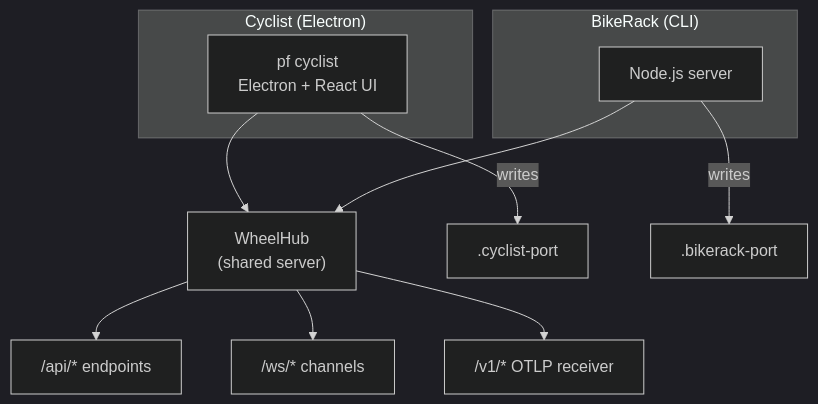
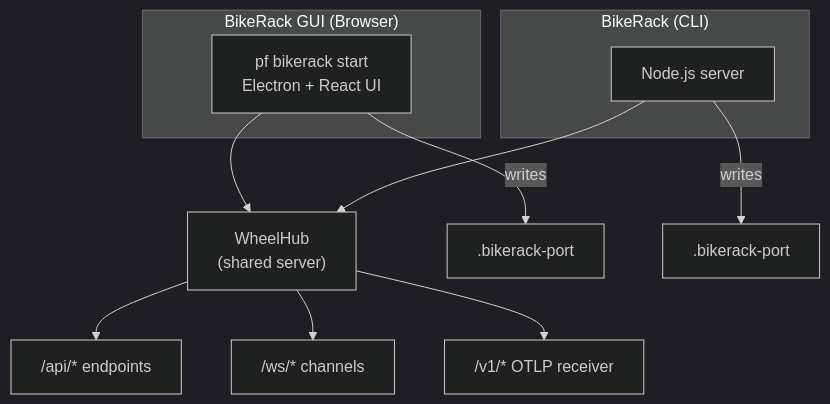
The second of 2 diagrams in docs/USER-GUIDE.md (slabgorb/pennyfarthing), drawn with Mermaid (dark theme) before and after one commit. The commit also changed other lines of this file and 125 other files, not shown here.

First line of the commit message:
chore: rename Cyclist → BikeRack GUI across codebase

````diff
--- a/docs/USER-GUIDE.md
+++ b/docs/USER-GUIDE.md
@@ -241,19 +225,19 @@
 ```mermaid
 graph TB
-    subgraph "Cyclist (Electron)"
-        C["pf cyclist<br/>Electron + React UI"]
+    subgraph "BikeRack GUI (Browser)"
+        C["pf bikerack start<br/>Electron + React UI"]
     end
     subgraph "BikeRack (CLI)"
         BR["Node.js server"]
     end
 
     C --> WH["WheelHub<br/>(shared server)"]
     BR --> WH
 
-    C -- "writes" --> CP[".cyclist-port"]
+    C -- "writes" --> BP2[".bikerack-port"]
     BR -- "writes" --> BP[".bikerack-port"]
 
     WH --> API["/api/* endpoints"]
     WH --> WS["/ws/* channels"]
     WH --> OTLP["/v1/* OTLP receiver"]
 ```
````
